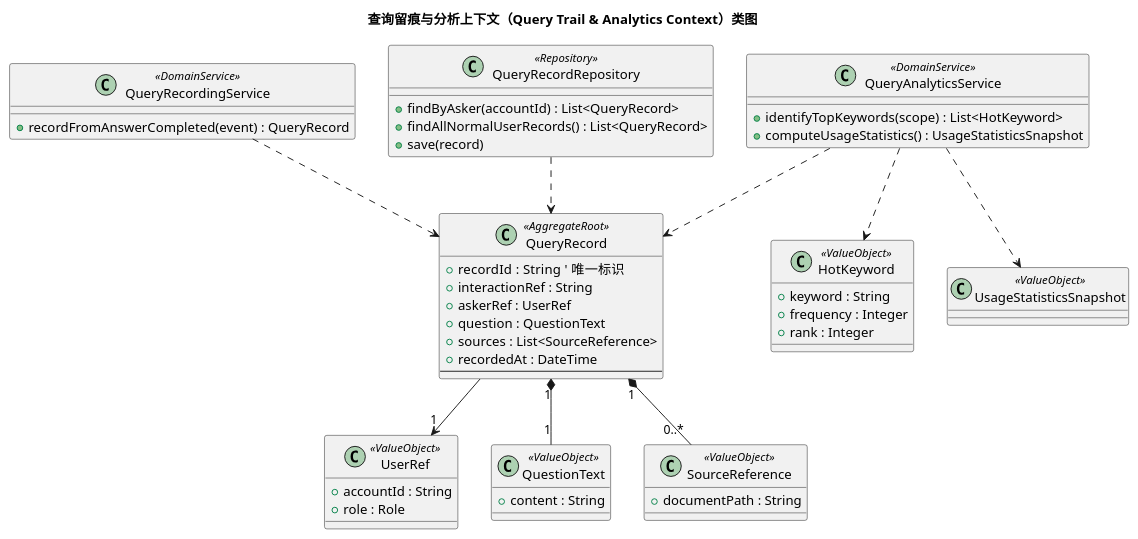
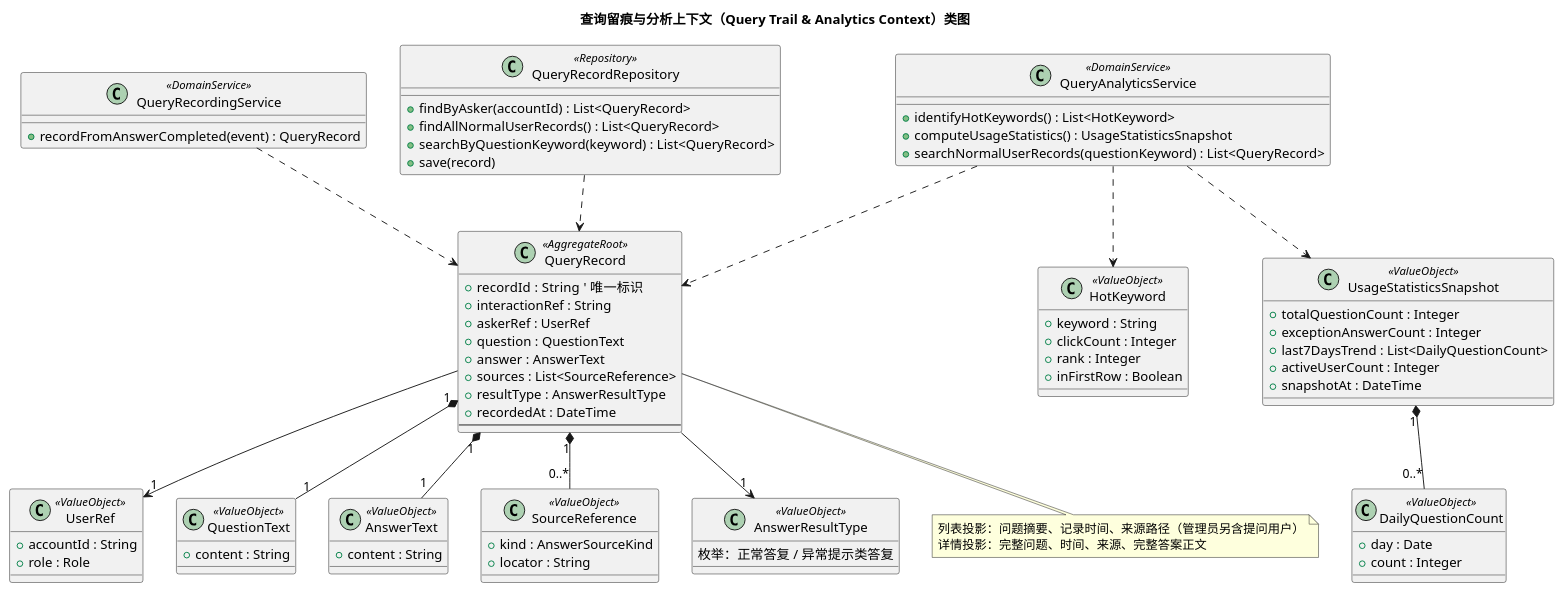
One commit to Wendy123wx/OMS-AI-RAG-Agent changed the fourth of 10 diagrams in docs/prd/02-领域模型.md. Above: the diagram before and after it, drawn with PlantUML. The commit also changed other lines of this file, not shown here.

````diff
--- a/docs/prd/02-领域模型.md
+++ b/docs/prd/02-领域模型.md
@@ -447,7 +634,9 @@
   +interactionRef : String
   +askerRef : UserRef
   +question : QuestionText
+  +answer : AnswerText
   +sources : List<SourceReference>
+  +resultType : AnswerResultType
   +recordedAt : DateTime
   --
   ' 仅支持创建与查看，不提供修改/删除方法
@@ -464,20 +653,43 @@
   ' 不可变
 }
 
+class AnswerText <<ValueObject>> {
+  +content : String
+  ' 不可变；详情须含完整答案正文
+}
+
 class SourceReference <<ValueObject>> {
-  +documentPath : String
+  +kind : AnswerSourceKind
+  +locator : String
+  ' 不可变；异常记录为空集合
+}
+
+class AnswerResultType <<ValueObject>> {
+  枚举：正常答复 / 异常提示类答复
   ' 不可变
 }
 
 class HotKeyword <<ValueObject>> {
   +keyword : String
-  +frequency : Integer
+  +clickCount : Integer
   +rank : Integer
-  ' 不可变；统计口径待确认（PRD 9.10）
+  +inFirstRow : Boolean
+  ' 不可变；全量累计；前三并列第一排
+}
+
+class DailyQuestionCount <<ValueObject>> {
+  +day : Date
+  +count : Integer
+  ' 不可变
 }
 
 class UsageStatisticsSnapshot <<ValueObject>> {
-  ' 不可变；具体指标待确认（PRD 9.9），本类仅作占位轮廓
+  +totalQuestionCount : Integer
+  +exceptionAnswerCount : Integer
+  +last7DaysTrend : List<DailyQuestionCount>
+  +activeUserCount : Integer
+  +snapshotAt : DateTime
+  ' 不可变；四项已定指标
 }
 
 class QueryRecordingService <<DomainService>> {
@@ -485,24 +697,34 @@
 }
 
 class QueryAnalyticsService <<DomainService>> {
-  +identifyTopKeywords(scope) : List<HotKeyword>
+  +identifyHotKeywords() : List<HotKeyword>
   +computeUsageStatistics() : UsageStatisticsSnapshot
+  +searchNormalUserRecords(questionKeyword) : List<QueryRecord>
 }
 
 class QueryRecordRepository <<Repository>> {
   +findByAsker(accountId) : List<QueryRecord>
   +findAllNormalUserRecords() : List<QueryRecord>
+  +searchByQuestionKeyword(keyword) : List<QueryRecord>
   +save(record)
 }
 
 QueryRecord --> "1" UserRef
 QueryRecord "1" *-- "1" QuestionText
+QueryRecord "1" *-- "1" AnswerText
 QueryRecord "1" *-- "0..*" SourceReference
+QueryRecord --> "1" AnswerResultType
+UsageStatisticsSnapshot "1" *-- "0..*" DailyQuestionCount
 QueryRecordingService ..> QueryRecord
 QueryAnalyticsService ..> QueryRecord
 QueryAnalyticsService ..> HotKeyword
 QueryAnalyticsService ..> UsageStatisticsSnapshot
 QueryRecordRepository ..> QueryRecord
 
+note bottom of QueryRecord
+  列表投影：问题摘要、记录时间、来源路径（管理员另含提问用户）
+  详情投影：完整问题、时间、来源、完整答案正文
+end note
+
 @enduml
 ```
````
